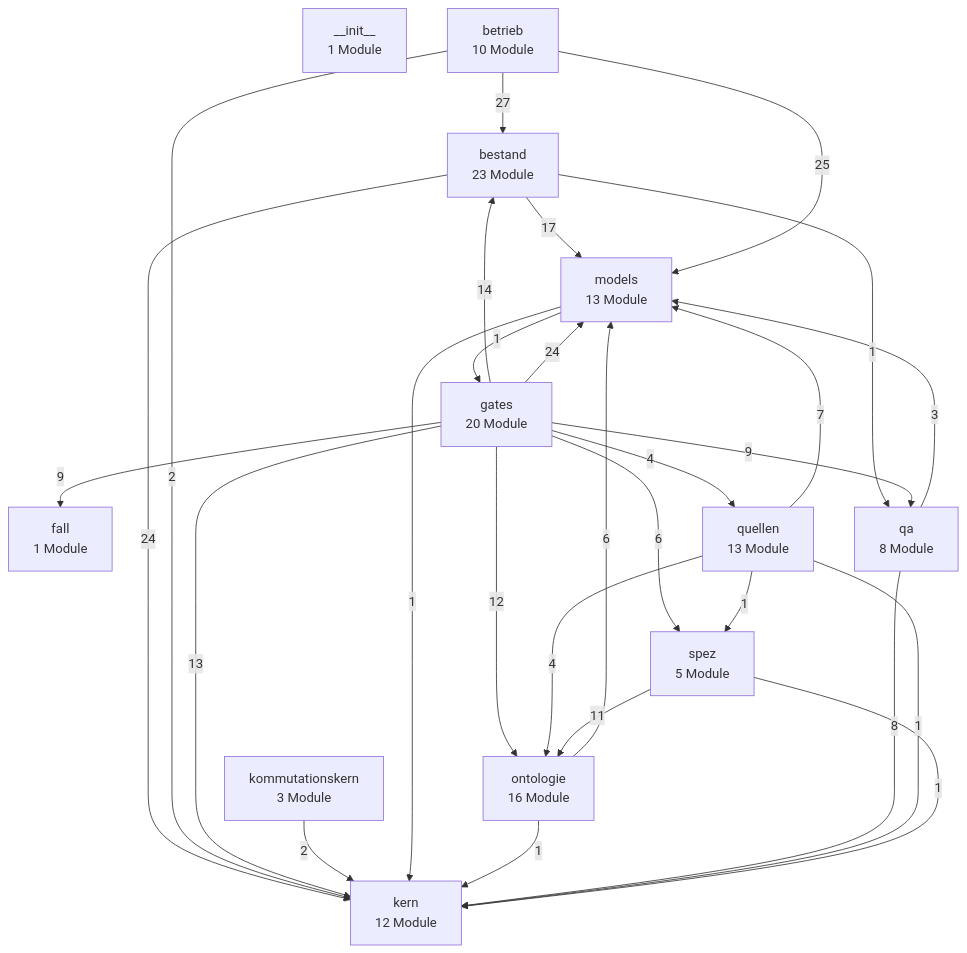
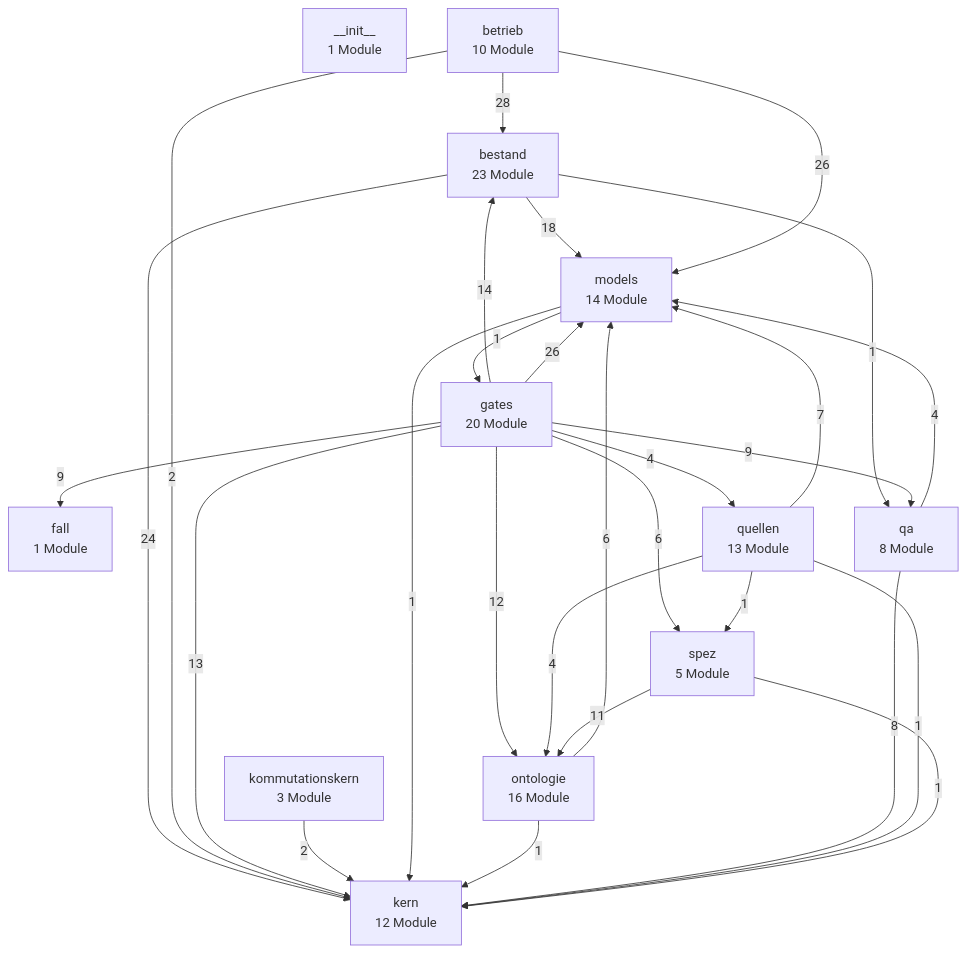
The first of 3 diagrams in docs/architektur/landkarte.md (bartlmac/rechner-pipeline), drawn with Mermaid before and after one commit. The commit also changed other lines of this file and 47 other files, not shown here.

````diff
--- a/docs/architektur/landkarte.md
+++ b/docs/architektur/landkarte.md
@@ -27,43 +27,43 @@
 ```mermaid
 %% Schichten — erzeugt von ontologie.landkarte
 flowchart TD
     n__init__["__init__<br/>1 Module"]
     bestand["bestand<br/>23 Module"]
     betrieb["betrieb<br/>10 Module"]
     fall["fall<br/>1 Module"]
     gates["gates<br/>20 Module"]
     kern["kern<br/>12 Module"]
     kommutationskern["kommutationskern<br/>3 Module"]
-    models["models<br/>13 Module"]
+    models["models<br/>14 Module"]
     ontologie["ontologie<br/>16 Module"]
     qa["qa<br/>8 Module"]
     quellen["quellen<br/>13 Module"]
     spez["spez<br/>5 Module"]
     bestand -- 24 --> kern
-    bestand -- 17 --> models
+    bestand -- 18 --> models
     bestand -- 1 --> qa
-    betrieb -- 27 --> bestand
+    betrieb -- 28 --> bestand
     betrieb -- 2 --> kern
-    betrieb -- 25 --> models
+    betrieb -- 26 --> models
     gates -- 14 --> bestand
     gates -- 9 --> fall
     gates -- 13 --> kern
-    gates -- 24 --> models
+    gates -- 26 --> models
     gates -- 12 --> ontologie
     gates -- 9 --> qa
     gates -- 4 --> quellen
     gates -- 6 --> spez
     kommutationskern -- 2 --> kern
     models -- 1 --> gates
     models -- 1 --> kern
     ontologie -- 1 --> kern
     ontologie -- 6 --> models
     qa -- 8 --> kern
-    qa -- 3 --> models
+    qa -- 4 --> models
     quellen -- 1 --> kern
     quellen -- 7 --> models
     quellen -- 4 --> ontologie
     quellen -- 1 --> spez
     spez -- 1 --> kern
     spez -- 11 --> ontologie
 ```
````
